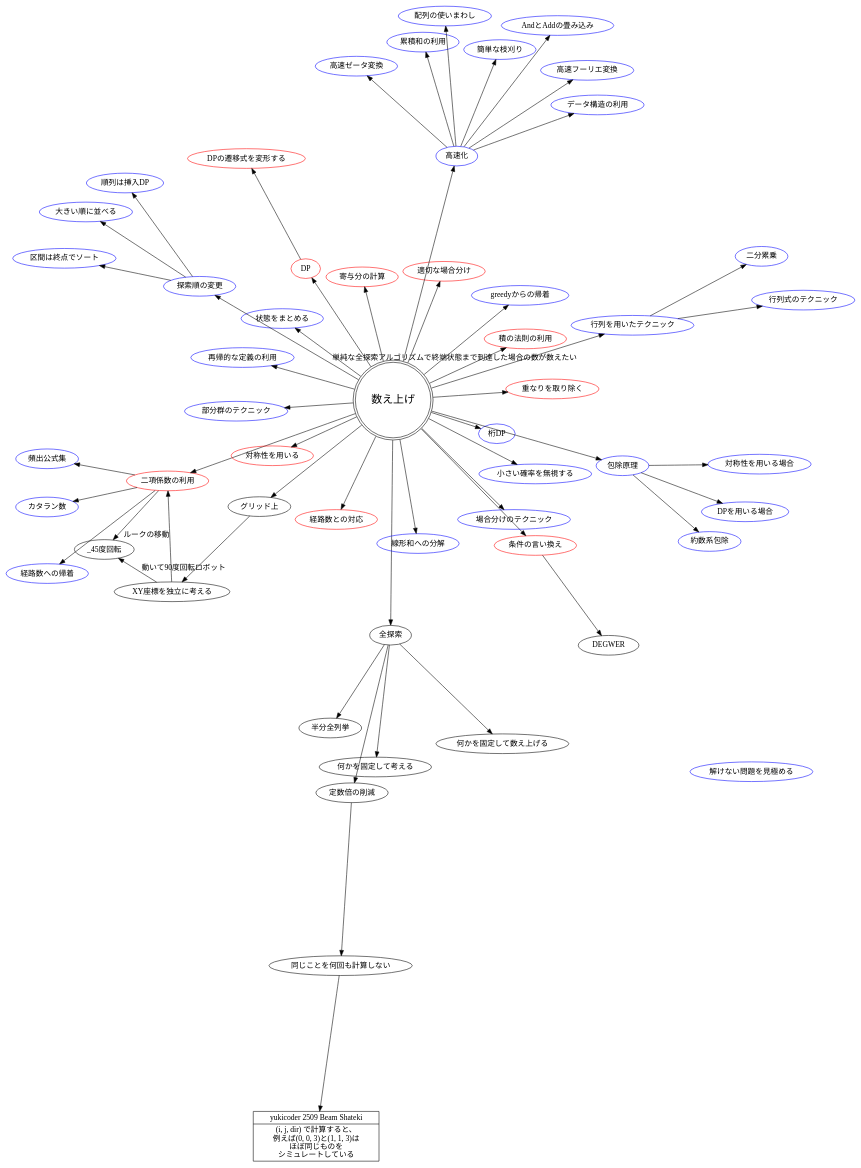
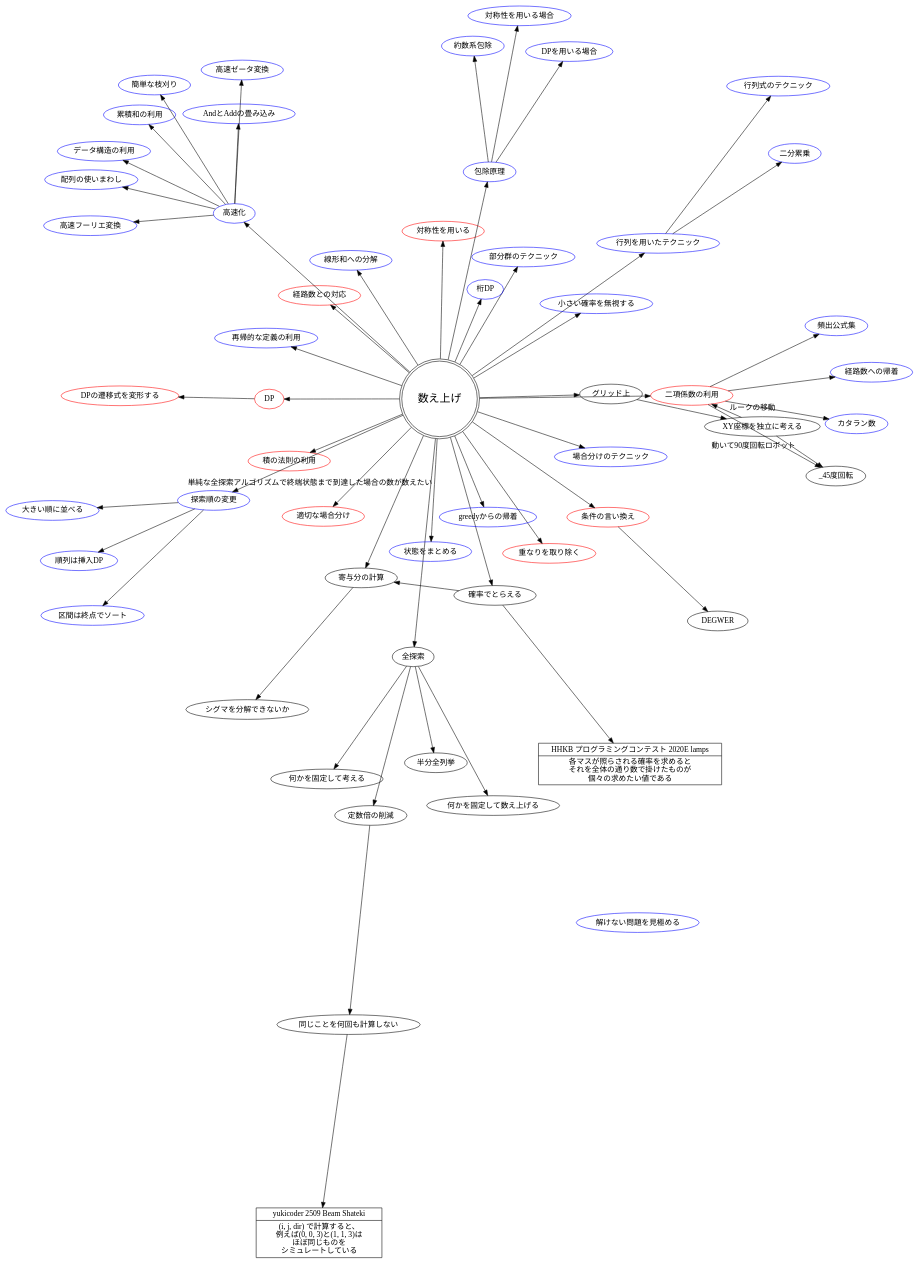
The diagram in __typicals/kazoeage.dot (Memories-of-Sun-and-Moon/cp_templates), drawn with Graphviz before and after one commit.

Commit message:
lampsまとめ

```diff
--- a/__typicals/kazoeage.dot
+++ b/__typicals/kazoeage.dot
@@ -1,157 +1,160 @@
 // https://qiita.com/rubytomato@github/items/51779135bc4b77c8c20d#%E3%82%B0%E3%83%A9%E3%83%95%E3%81%AE%E5%AE%9A%E7%BE%A9
 // https://graphviz.org/doc/info/shapes.html
 
 // https://github.com/hamko/procon/blob/master/typical.dot
 
 // cluster から始まる subgraph はハイライトができる
 
 // 新しく追加するノードに関しては問題も添えること
 
 // 問題は record
 // で囲む
 
 // red : kazoeage40 で見たけど細分化も例示もできていない
 // blue : degwer で見たけど細分化も例示もできていない
 
 digraph G {
     graph [
         layout = fdp;
     ];
 
     数え上げ [shape = doublecircle, fontsize = 20];
 
     数え上げ -> グリッド上;
         グリッド上 -> XY座標を独立に考える;
         XY座標を独立に考える -> _45度回転[label="動いて90度回転ロボット"];
         XY座標を独立に考える -> 二項係数の利用[label="ルークの移動"];
             
+    数え上げ -> 確率でとらえる;
+        HHKB2020E[shape = "record", label = "{HHKB プログラミングコンテスト 2020E lamps|各マスが照らされる確率を求めると\nそれを全体の通り数で掛けたものが\n個々の求めたい値である}"]
+        確率でとらえる -> HHKB2020E;
+        確率でとらえる -> 寄与分の計算;
+            寄与分の計算 -> シグマを分解できないか;
 
     数え上げ -> 全探索;
 
     全探索;
     全探索 -> 何かを固定して考える;
     全探索 -> 何かを固定して数え上げる;
     全探索 -> 半分全列挙;
     全探索 -> 定数倍の削減;
         定数倍の削減 -> 同じことを何回も計算しない;
             y2509[shape = "record", label = "{yukicoder 2509 Beam Shateki|(i, j, dir) で計算すると、\n例えば(0, 0, 3)と(1, 1, 3)は\nほぼ同じものを\nシミュレートしている}"];
             同じことを何回も計算しない -> y2509;
     
     積の法則の利用[color = red];
     二項係数の利用[color = red];
     経路数との対応[color = red];
     
     DP[color = red];
-
-    寄与分の計算[color = red];
 
     重なりを取り除く[color = red];
     適切な場合分け[color = red];
     条件の言い換え[color = red];
     対称性を用いる[color = red];
 
     DPの遷移式を変形する[color = red];
 
     数え上げ -> 積の法則の利用;
     数え上げ -> 二項係数の利用;
     数え上げ -> 経路数との対応;
     数え上げ -> DP;
     数え上げ -> 寄与分の計算;
     数え上げ -> 重なりを取り除く;
     数え上げ -> 適切な場合分け;
     数え上げ -> 条件の言い換え;
     数え上げ -> 対称性を用いる;
     DP -> DPの遷移式を変形する;
 
     状態をまとめる[color = blue];
     
     数え上げ -> 状態をまとめる [label="単純な全探索アルゴリズムで終端状態まで到達した場合の数が数えたい"];
 
     探索順の変更[color = blue];
         大きい順に並べる[color = blue];
         順列は挿入DP[color = blue];
         区間は終点でソート[color = blue];
 
     数え上げ -> 探索順の変更;
         探索順の変更 -> 大きい順に並べる;
         探索順の変更 -> 順列は挿入DP;
         探索順の変更 -> 区間は終点でソート;
     
     条件の言い換え -> DEGWER;
     
     greedyからの帰着[color = blue];
 
     数え上げ -> greedyからの帰着;
 
     場合分けのテクニック[color = blue];
 
     数え上げ -> 場合分けのテクニック;
 
     線形和への分解[color = blue];
 
     数え上げ -> 線形和への分解;
     
     部分群のテクニック[color = blue];
 
     数え上げ -> 部分群のテクニック;
 
     再帰的な定義の利用[color = blue];
 
     数え上げ -> 再帰的な定義の利用;
 
     桁DP[color = blue];
 
     数え上げ -> 桁DP;
 
     高速化[color = blue];
         累積和の利用[color = blue];
         データ構造の利用[color = blue];
         配列の使いまわし[color = blue];
         高速フーリエ変換[color = blue];
         高速ゼータ変換[color = blue];
         AndとAddの畳み込み[color = blue];
         簡単な枝刈り[color = blue];
 
     数え上げ -> 高速化;
         高速化 -> 累積和の利用;
         高速化 -> データ構造の利用;
         高速化 -> 配列の使いまわし;
         高速化 -> 高速フーリエ変換;
         高速化 -> 高速ゼータ変換;
         高速化 -> AndとAddの畳み込み;
         高速化 -> 簡単な枝刈り;
     
     行列を用いたテクニック[color = blue];
         二分累乗[color = blue];
         行列式のテクニック[color = blue];
 
     数え上げ -> 行列を用いたテクニック;
         行列を用いたテクニック -> 二分累乗;
         行列を用いたテクニック -> 行列式のテクニック;
 
     小さい確率を無視する[color = blue];
 
     数え上げ -> 小さい確率を無視する;
 
     二項係数の利用;
         頻出公式集[color = blue];
         経路数への帰着[color = blue];
         _45度回転;
         カタラン数[color = blue];
 
         二項係数の利用 -> 頻出公式集;
         二項係数の利用 -> 経路数への帰着;
         二項係数の利用 -> _45度回転;
         二項係数の利用 -> カタラン数;
 
     包除原理[color = blue];
         対称性を用いる場合[color = blue];
         DPを用いる場合[color = blue];
         約数系包除[color = blue];
     数え上げ -> 包除原理;
         包除原理 -> 対称性を用いる場合;
         包除原理 -> DPを用いる場合;
         包除原理 -> 約数系包除;
 
     解けない問題を見極める[color = blue];
 }
```
